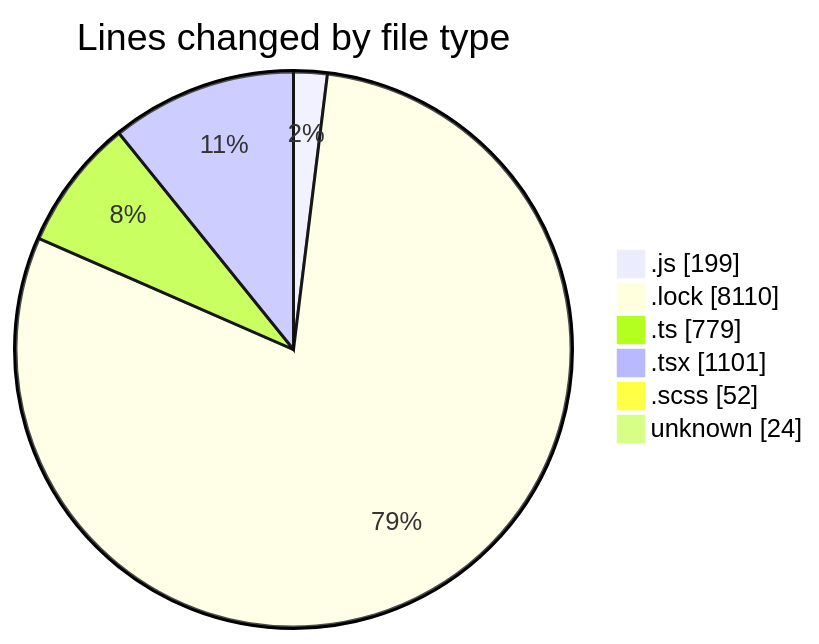
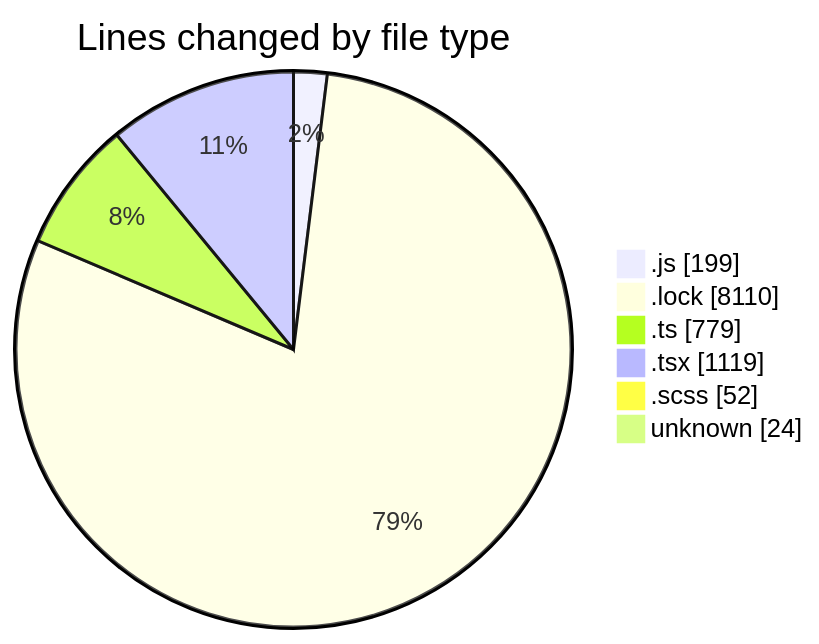
The first of 2 diagrams in 2025-02-07/cda/README.md (momahboobian/code-tracking), drawn with Mermaid before and after one commit. The commit also changed other lines of this file and 1 other file, not shown here.

````diff
--- a/2025-02-07/cda/README.md
+++ b/2025-02-07/cda/README.md
@@ -57,10 +57,10 @@
 ```mermaid
 pie showData
 title Lines changed by file type
 ".js" : 199
 ".lock" : 8110
 ".ts" : 779
-".tsx" : 1101
+".tsx" : 1119
 ".scss" : 52
 "unknown" : 24
 ```
````
